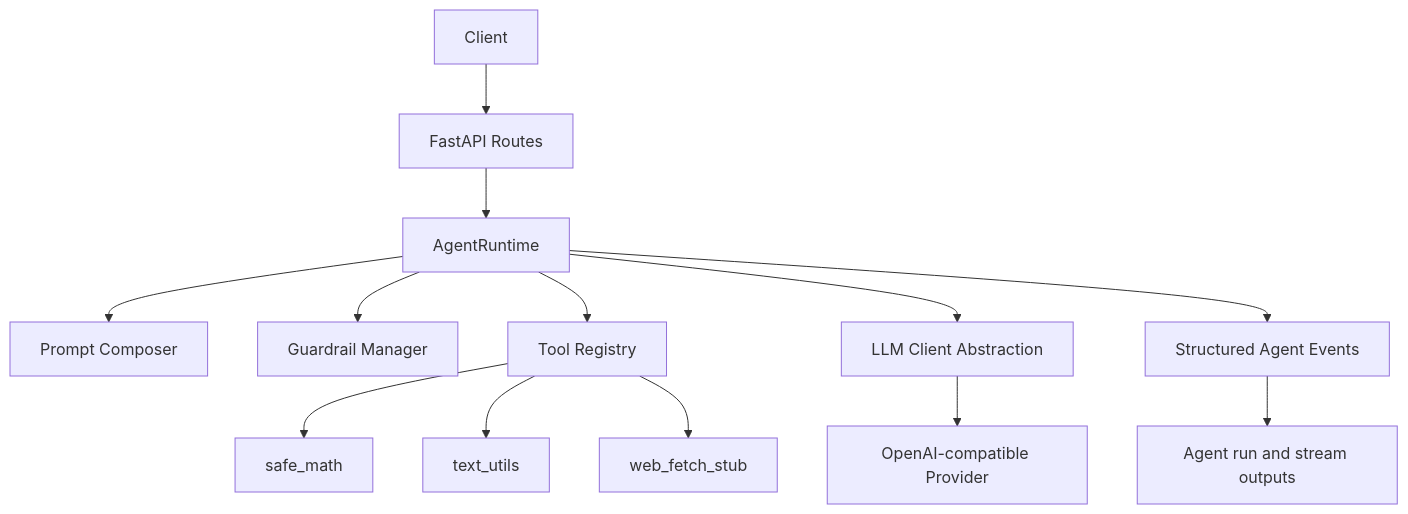
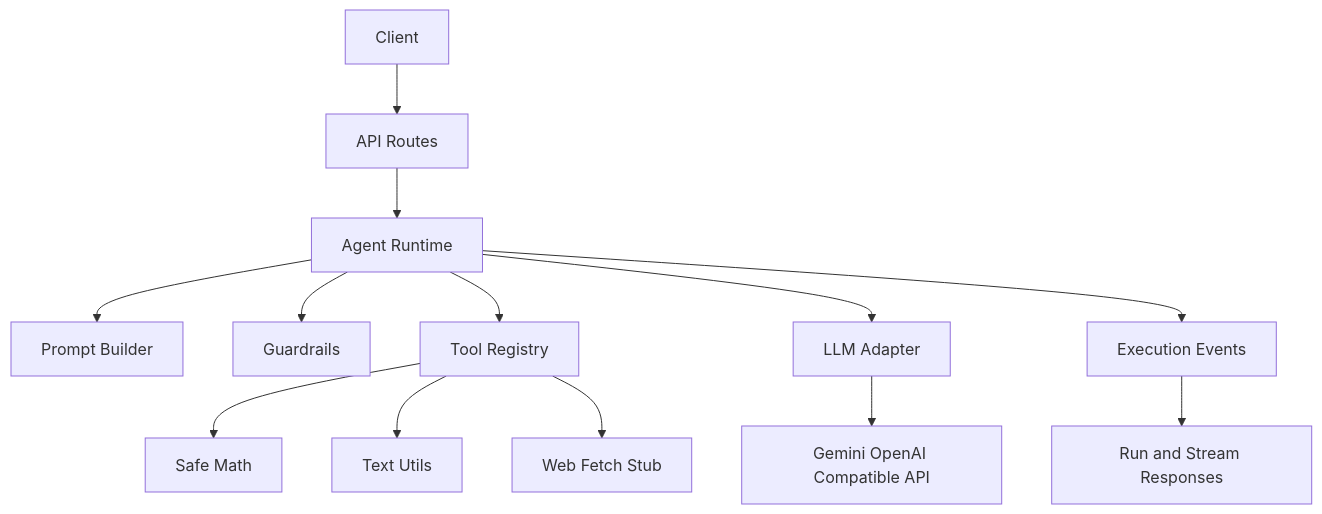
The diagram in README.md (beast99-p3/Agentic-AI-Microservice-API), drawn with Mermaid before and after one commit.

````diff
--- a/README.md
+++ b/README.md
@@ -37,15 +37,15 @@
 ```mermaid
-flowchart TD
-    A[Client] --> B[FastAPI Routes]
-    B --> C[AgentRuntime]
-    C --> D[Prompt Composer]
-    C --> E[Guardrail Manager]
-    C --> F[Tool Registry]
-    C --> G[LLM Client Abstraction]
-    G --> H[OpenAI-compatible Provider]
-    F --> I[safe_math]
-    F --> J[text_utils]
-    F --> K[web_fetch_stub]
-    C --> L[Structured Agent Events]
-    L --> M[Agent run and stream outputs]
+graph TD
+  A[Client] --> B[API Routes]
+  B --> C[Agent Runtime]
+  C --> D[Prompt Builder]
+  C --> E[Guardrails]
+  C --> F[Tool Registry]
+  C --> G[LLM Adapter]
+  G --> H[Gemini OpenAI Compatible API]
+  F --> I[Safe Math]
+  F --> J[Text Utils]
+  F --> K[Web Fetch Stub]
+  C --> L[Execution Events]
+  L --> M[Run and Stream Responses]
 ```
````
